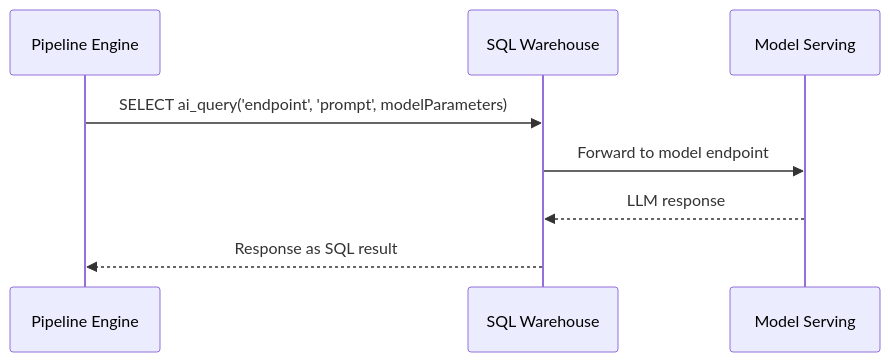
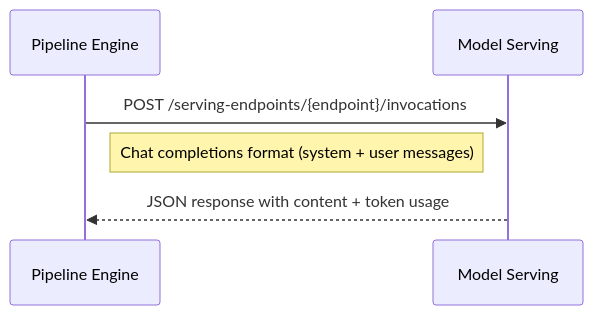
One commit to althrussell/databricks-forge changed the fifth of 8 diagrams in SECURITY_ARCHITECTURE.md. Above: the diagram before and after it, drawn with Mermaid. The commit also changed other lines of this file and 24 other files, not shown here.

First line of the commit message:
Update LLM calls to use Databricks Model Serving API

````diff
--- a/SECURITY_ARCHITECTURE.md
+++ b/SECURITY_ARCHITECTURE.md
@@ -307,10 +309,8 @@
 ```mermaid
 sequenceDiagram
   participant App as Pipeline Engine
-  participant SQL as SQL Warehouse
   participant MS as Model Serving
-  App->>SQL: SELECT ai_query('endpoint', 'prompt', modelParameters)
-  SQL->>MS: Forward to model endpoint
-  MS-->>SQL: LLM response
-  SQL-->>App: Response as SQL result
+  App->>MS: POST /serving-endpoints/{endpoint}/invocations
+  Note right of App: Chat completions format (system + user messages)
+  MS-->>App: JSON response with content + token usage
 ```
````
